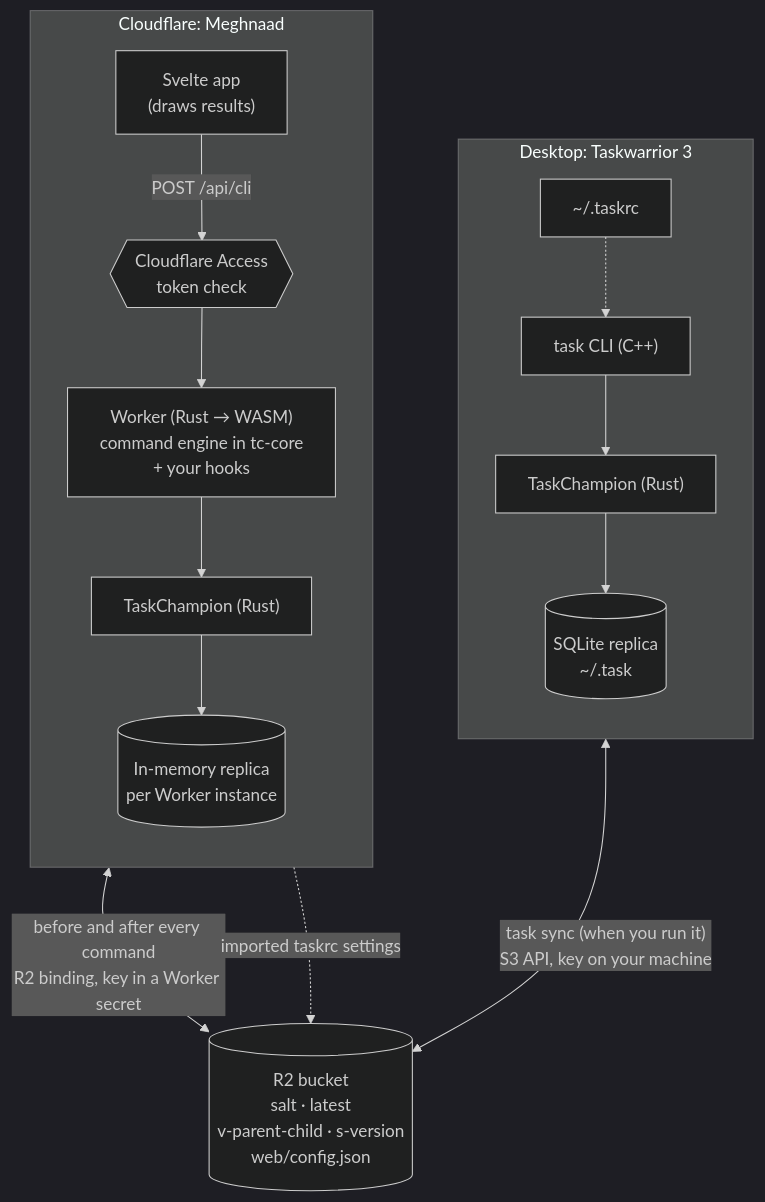
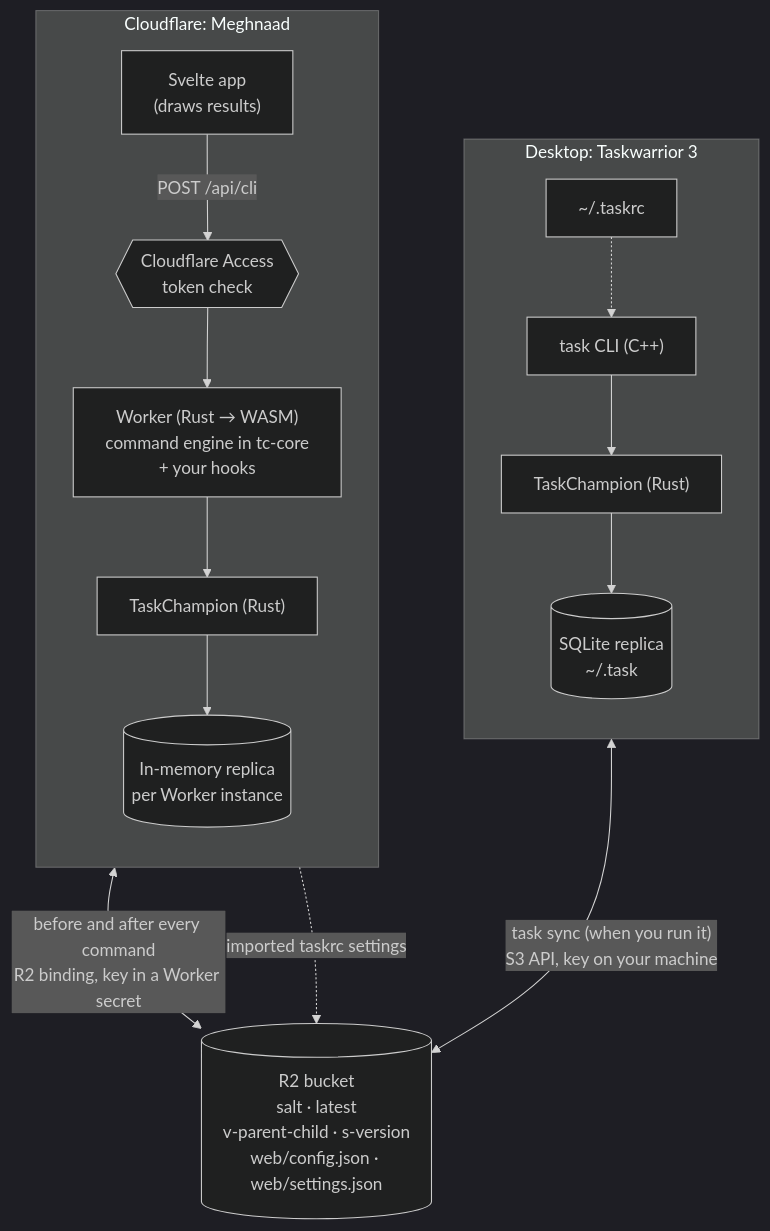
The diagram in README.md (uroybd/Meghnaad), drawn with Mermaid (dark theme) before and after one commit. The commit also changed other lines of this file and 39 other files, not shown here.

````diff
--- a/README.md
+++ b/README.md
@@ -76,28 +79,28 @@
 ```mermaid
 flowchart TB
   subgraph desktop["Desktop: Taskwarrior 3"]
     direction TB
     cli["task CLI (C++)"]
     tcd["TaskChampion (Rust)"]
     db[("SQLite replica<br/>~/.task")]
     rc["~/.taskrc"]
     cli --> tcd --> db
     rc -.-> cli
   end
 
   subgraph web["Cloudflare: Meghnaad"]
     direction TB
     spa["Svelte app<br/>(draws results)"]
     access{{"Cloudflare Access<br/>token check"}}
     wk["Worker (Rust → WASM)<br/>command engine in tc-core<br/>+ your hooks"]
     tcw["TaskChampion (Rust)"]
     mem[("In-memory replica<br/>per Worker instance")]
     spa -- "POST /api/cli" --> access --> wk --> tcw --> mem
   end
 
-  bucket[("R2 bucket<br/>salt · latest<br/>v-parent-child · s-version<br/>web/config.json")]
+  bucket[("R2 bucket<br/>salt · latest<br/>v-parent-child · s-version<br/>web/config.json · web/settings.json")]
 
   tcd <-- "task sync (when you run it)<br/>S3 API, key on your machine" --> bucket
   tcw <-- "before and after every command<br/>R2 binding, key in a Worker secret" --> bucket
   wk -. "imported taskrc settings" .-> bucket
 ```
````
